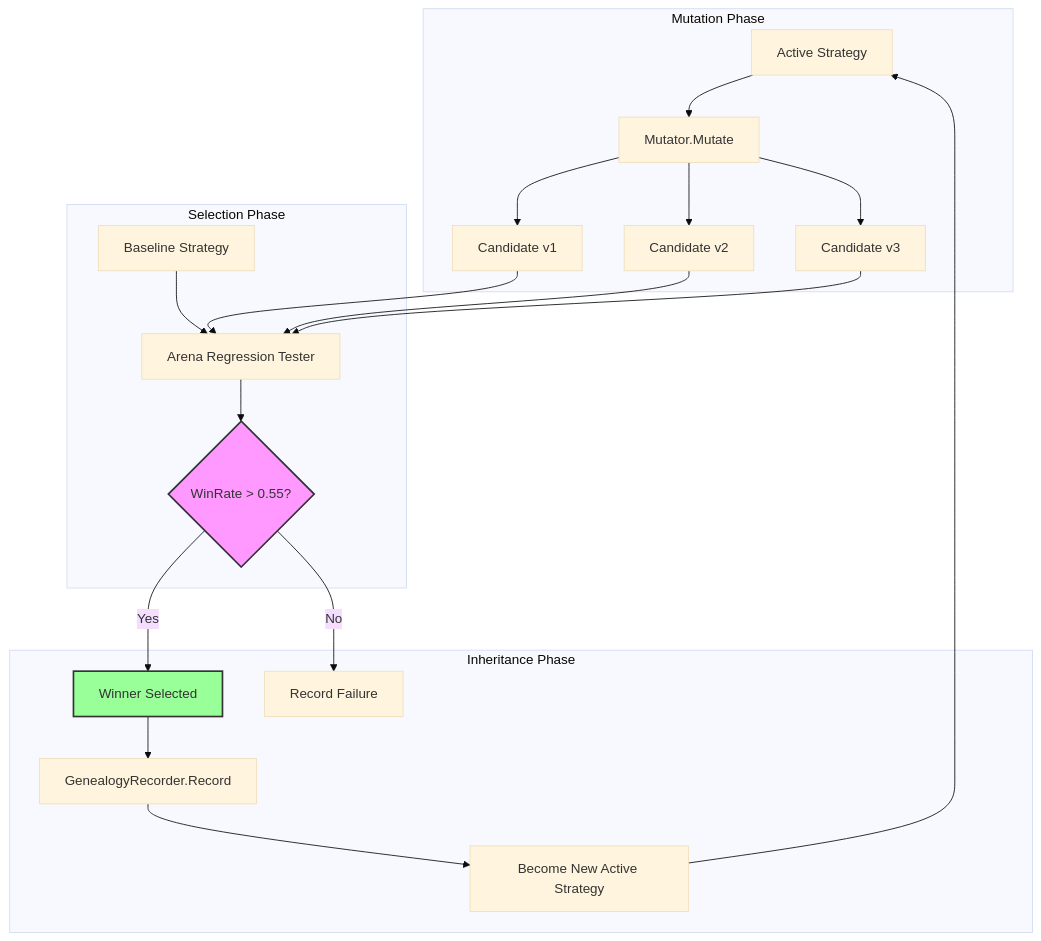
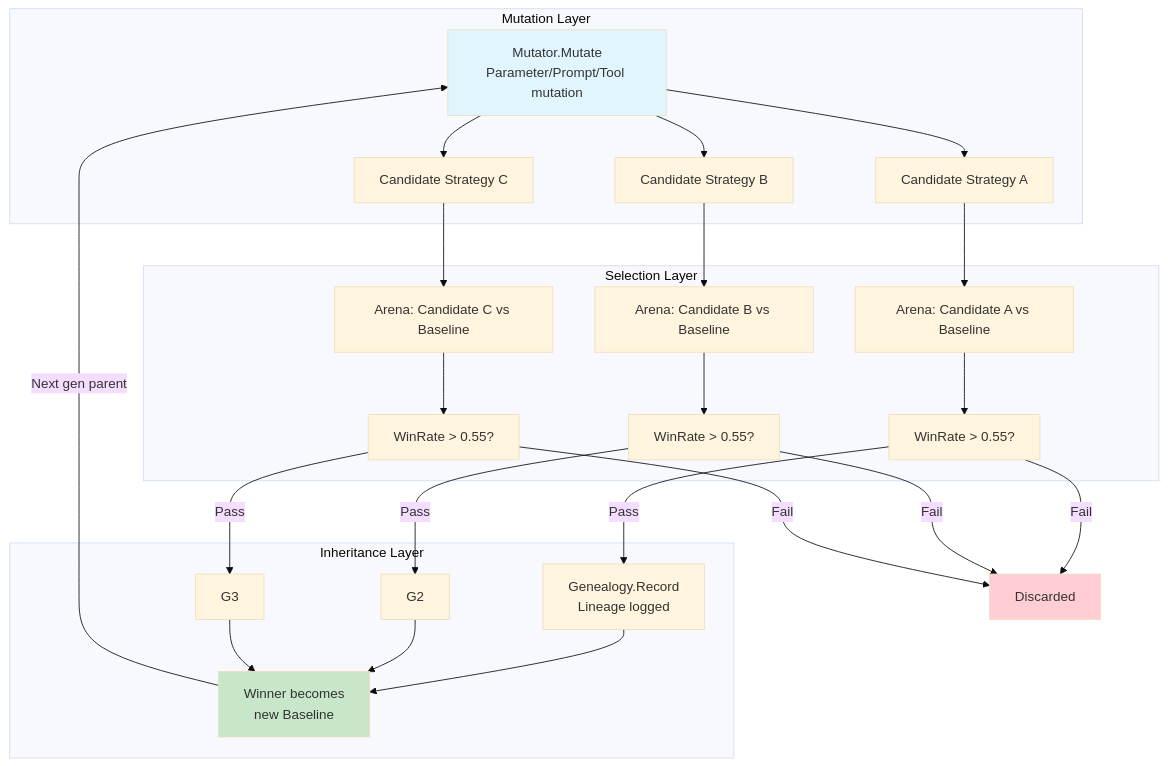
One commit to Timwood0x10/ARES changed the first of 3 diagrams in docs/articles/en/autonomous-evolution-deep-dive.md. Above: the diagram before and after it, drawn with Mermaid (base theme). The commit also changed other lines of this file and 22 other files, not shown here.

````diff
--- a/docs/articles/en/autonomous-evolution-deep-dive.md
+++ b/docs/articles/en/autonomous-evolution-deep-dive.md
@@ -87,28 +86,39 @@
 ```mermaid
 graph TD
-    subgraph "Mutation Phase"
-        A[Active Strategy] --> B[Mutator.Mutate]
-        B --> C1[Candidate v1]
-        B --> C2[Candidate v2]
-        B --> C3[Candidate v3]
+    subgraph "Mutation Layer"
+        M[Mutator.Mutate<br/>Parameter/Prompt/Tool mutation]
+        M --> C1[Candidate Strategy A]
+        M --> C2[Candidate Strategy B]
+        M --> C3[Candidate Strategy C]
     end
 
-    subgraph "Selection Phase"
-        C1 --> D[Arena Regression Tester]
-        C2 --> D
-        C3 --> D
-        E[Baseline Strategy] --> D
-        D --> F{WinRate > 0.55?}
+    subgraph "Selection Layer"
+        A1[Arena: Candidate A vs Baseline]
+        A2[Arena: Candidate B vs Baseline]
+        A3[Arena: Candidate C vs Baseline]
+        C1 --> A1
+        C2 --> A2
+        C3 --> A3
+        A1 --> WR1[WinRate > 0.55?]
+        A2 --> WR2[WinRate > 0.55?]
+        A3 --> WR3[WinRate > 0.55?]
     end
 
-    subgraph "Inheritance Phase"
-        F -->|Yes| G[Winner Selected]
-        F -->|No| H[Record Failure]
-        G --> I[GenealogyRecorder.Record]
-        I --> J[Become New Active Strategy]
-        J --> A
+    subgraph "Inheritance Layer"
+        WR1 --> |Pass| G1[Genealogy.Record<br/>Lineage logged]
+        WR2 --> |Pass| G2
+        WR3 --> |Pass| G3
+        G1 --> WIN[Winner becomes<br/>new Baseline]
+        G2 --> WIN
+        G3 --> WIN
+        WIN --> |Next gen parent| M
     end
 
-    style F fill:#f9f,stroke:#333,stroke-width:2px
-    style G fill:#9f9,stroke:#333,stroke-width:2px
+    WR1 --> |Fail| DISCARD[Discarded]
+    WR2 --> |Fail| DISCARD
+    WR3 --> |Fail| DISCARD
+
+    style M fill:#e1f5fe
+    style WIN fill:#c8e6c9
+    style DISCARD fill:#ffcdd2
 ```
````
